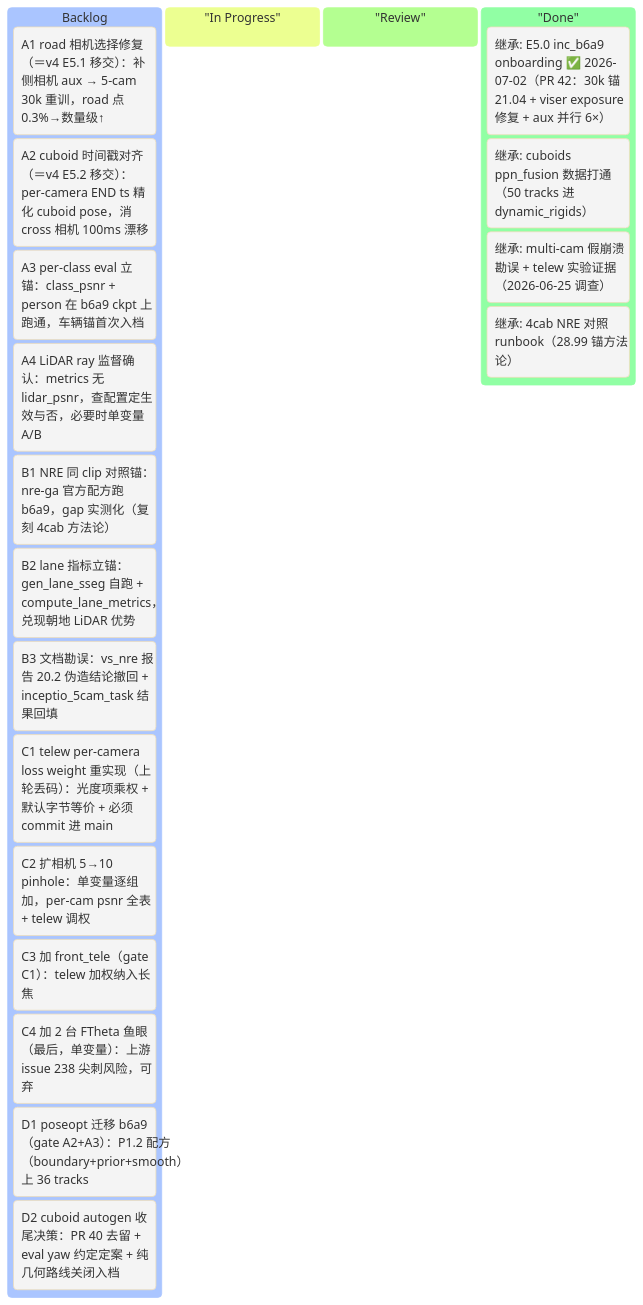
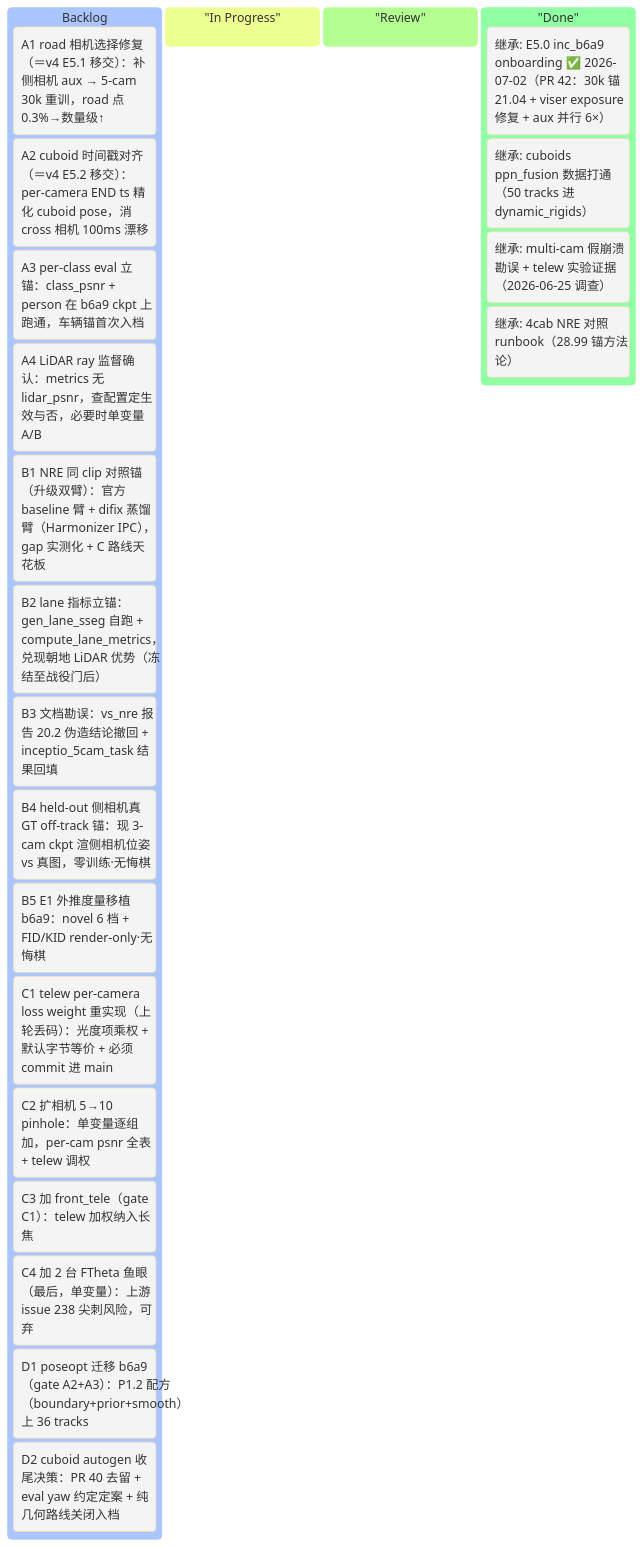
One commit to etendue/3dgrut changed the first of 2 diagrams in v5_plan.md. Above: the diagram before and after it, drawn with Mermaid. The commit also changed other lines of this file and 2 other files, not shown here.

First line of the commit message:
docs(plan): off-track 战役设计 spec + v4/v5 看板收敛（A→B→C，2026-07-03 大g 拍板）

````diff
--- a/v5_plan.md
+++ b/v5_plan.md
@@ -65,28 +67,30 @@
 ```mermaid
 %%{init: {'theme':'base'}}%%
 kanban
     Backlog
         [A1 road 相机选择修复（＝v4 E5.1 移交）：补侧相机 aux → 5-cam 30k 重训，road 点 0.3%→数量级↑]
         [A2 cuboid 时间戳对齐（＝v4 E5.2 移交）：per-camera END ts 精化 cuboid pose，消 cross 相机 100ms 漂移]
         [A3 per-class eval 立锚：class_psnr + person 在 b6a9 ckpt 上跑通，车辆锚首次入档]
         [A4 LiDAR ray 监督确认：metrics 无 lidar_psnr，查配置定生效与否，必要时单变量 A/B]
-        [B1 NRE 同 clip 对照锚：nre-ga 官方配方跑 b6a9，gap 实测化（复刻 4cab 方法论）]
-        [B2 lane 指标立锚：gen_lane_sseg 自跑 + compute_lane_metrics，兑现朝地 LiDAR 优势]
+        [B1 NRE 同 clip 对照锚（升级双臂）：官方 baseline 臂 + difix 蒸馏臂（Harmonizer IPC），gap 实测化 + C 路线天花板]
+        [B2 lane 指标立锚：gen_lane_sseg 自跑 + compute_lane_metrics，兑现朝地 LiDAR 优势（冻结至战役门后）]
         [B3 文档勘误：vs_nre 报告 20.2 伪造结论撤回 + inceptio_5cam_task 结果回填]
+        [B4 held-out 侧相机真 GT off-track 锚：现 3-cam ckpt 渲侧相机位姿 vs 真图，零训练·无悔棋]
+        [B5 E1 外推度量移植 b6a9：novel 6 档 + FID/KID render-only·无悔棋]
         [C1 telew per-camera loss weight 重实现（上轮丢码）：光度项乘权 + 默认字节等价 + 必须 commit 进 main]
         [C2 扩相机 5→10 pinhole：单变量逐组加，per-cam psnr 全表 + telew 调权]
         [C3 加 front_tele（gate C1）：telew 加权纳入长焦]
         [C4 加 2 台 FTheta 鱼眼（最后，单变量）：上游 issue 238 尖刺风险，可弃]
         [D1 poseopt 迁移 b6a9（gate A2+A3）：P1.2 配方（boundary+prior+smooth）上 36 tracks]
         [D2 cuboid autogen 收尾决策：PR 40 去留 + eval yaw 约定定案 + 纯几何路线关闭入档]
 
     "In Progress"
 
     "Review"
 
     "Done"
         [继承: E5.0 inc_b6a9 onboarding ✅ 2026-07-02（PR 42：30k 锚 21.04 + viser exposure 修复 + aux 并行 6×）]
         [继承: cuboids ppn_fusion 数据打通（50 tracks 进 dynamic_rigids）]
         [继承: multi-cam 假崩溃勘误 + telew 实验证据（2026-06-25 调查）]
         [继承: 4cab NRE 对照 runbook（28.99 锚方法论）]
 ```
````
